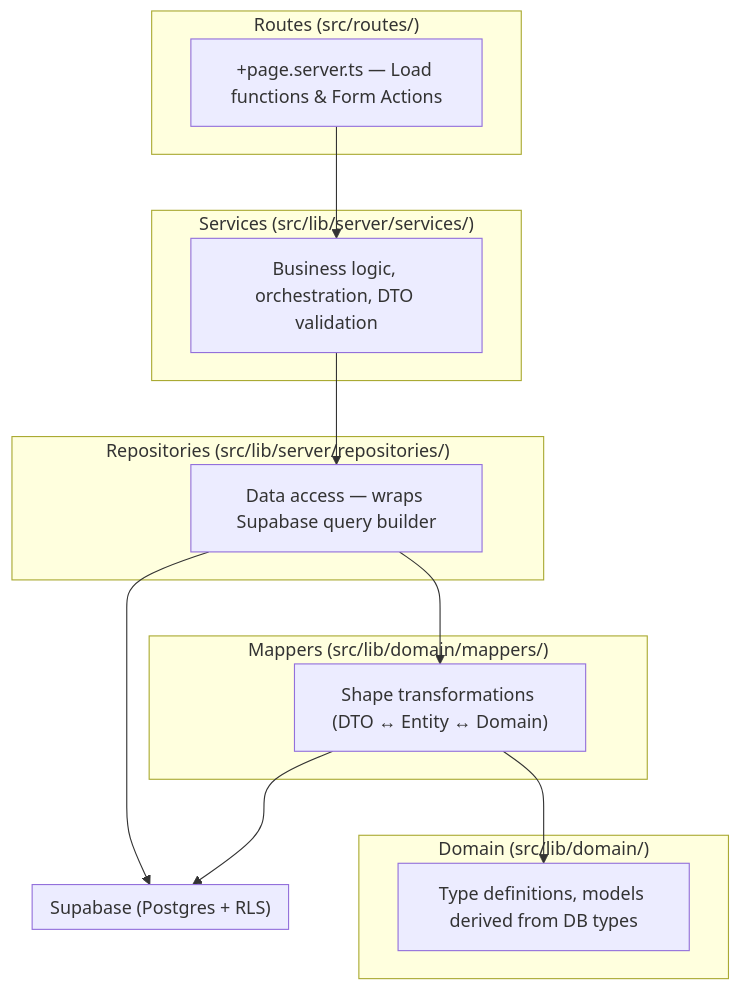
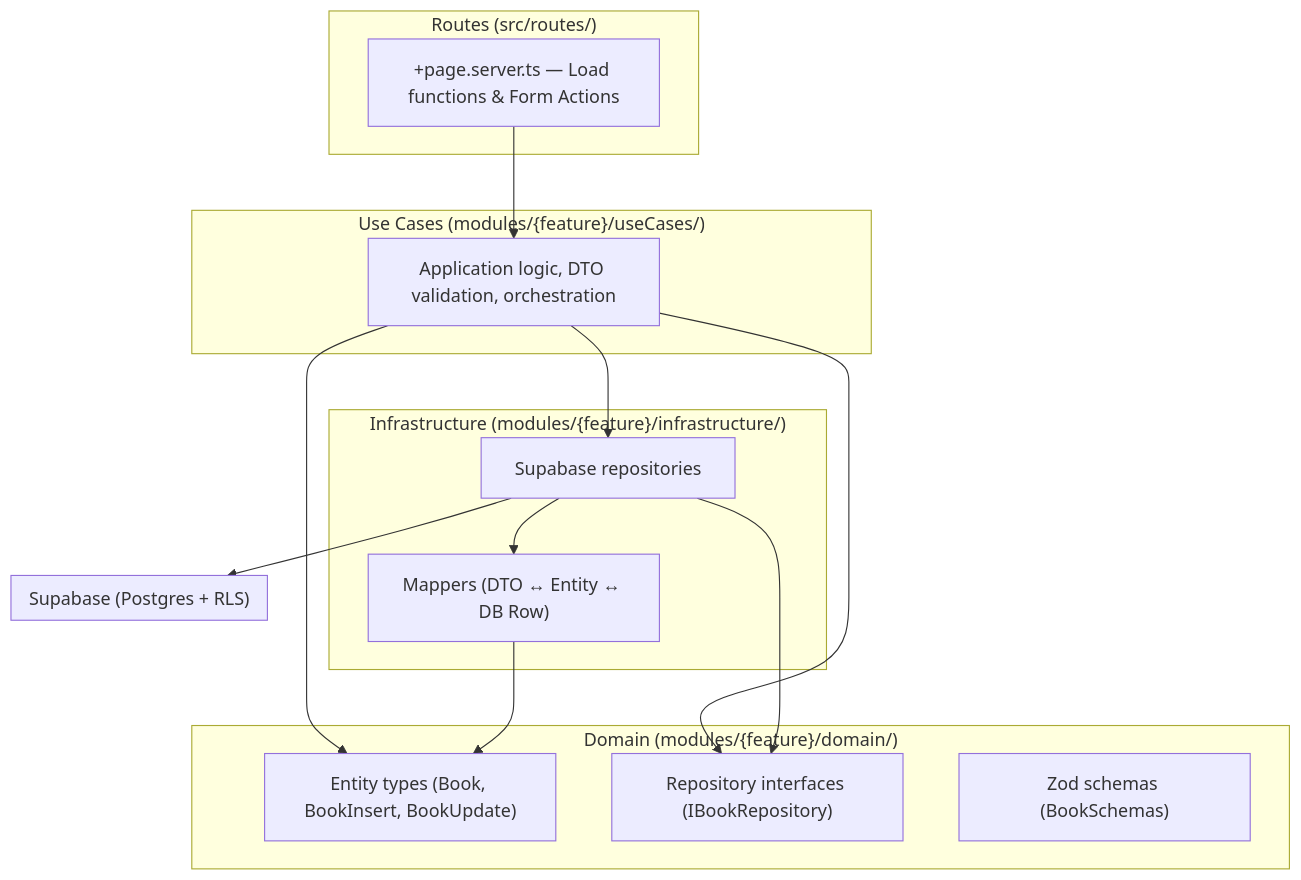
Before and after one commit to Agustin-Perezz/svelte-supabase-starter-template: the first of 3 diagrams in docs/01_ARCHITECTURE.md, drawn with Mermaid. The commit also changed other lines of this file and 4 other files, not shown here.

Commit message:
Update all docs to reflect new module-based clean architecture

````diff
--- a/docs/01_ARCHITECTURE.md
+++ b/docs/01_ARCHITECTURE.md
@@ -5,32 +20,33 @@
 ```mermaid
 graph TB
     subgraph Routes["Routes (src/routes/)"]
         Page["+page.server.ts — Load functions & Form Actions"]
     end
 
-    subgraph Services["Services (src/lib/server/services/)"]
-        Svc["Business logic, orchestration, DTO validation"]
+    subgraph UseCases["Use Cases (modules/{feature}/useCases/)"]
+        UC["Application logic, DTO validation, orchestration"]
     end
 
-    subgraph Repos["Repositories (src/lib/server/repositories/)"]
-        Repo["Data access — wraps Supabase query builder"]
+    subgraph Domain["Domain (modules/{feature}/domain/)"]
+        Entities["Entity types (Book, BookInsert, BookUpdate)"]
+        Interfaces["Repository interfaces (IBookRepository)"]
+        Schemas["Zod schemas (BookSchemas)"]
     end
 
-    subgraph Mappers["Mappers (src/lib/domain/mappers/)"]
-        Map["Shape transformations (DTO ↔ Entity ↔ Domain)"]
-    end
-
-    subgraph Domain["Domain (src/lib/domain/)"]
-        Types["Type definitions, models derived from DB types"]
+    subgraph Infra["Infrastructure (modules/{feature}/infrastructure/)"]
+        Repo["Supabase repositories"]
+        Mapper["Mappers (DTO ↔ Entity ↔ DB Row)"]
     end
 
     subgraph DB["Supabase (Postgres + RLS)"]
     end
 
-    Page --> Svc
-    Svc --> Repo
-    Repo --> Map
-    Map --> Types
+    Page --> UC
+    UC --> Entities
+    UC --> Interfaces
+    UC --> Repo
+    Repo --> Interfaces
+    Repo --> Mapper
     Repo --> DB
-    Map --> DB
+    Mapper --> Entities
 ```
````
